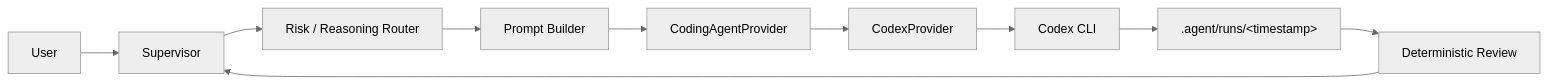
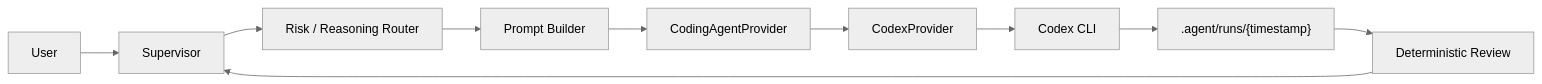
One commit to egeyasar0/auto-dev-orchestrator changed the diagram in README.md. Above: the diagram before and after it, drawn with Mermaid (neutral theme). The commit also changed other lines of this file and 1 other file, not shown here.

````diff
--- a/README.md
+++ b/README.md
@@ -47,12 +47,12 @@
 ```mermaid
 flowchart LR
   User["User"] --> Supervisor["Supervisor"]
   Supervisor --> Router["Risk / Reasoning Router"]
   Router --> Prompt["Prompt Builder"]
   Prompt --> Provider["CodingAgentProvider"]
   Provider --> Codex["CodexProvider"]
   Codex --> CLI["Codex CLI"]
-  CLI --> Artifacts[".agent/runs/&lt;timestamp&gt;"]
+  CLI --> Artifacts[".agent/runs/{timestamp}"]
   Artifacts --> Review["Deterministic Review"]
   Review --> Supervisor
 ```
````
